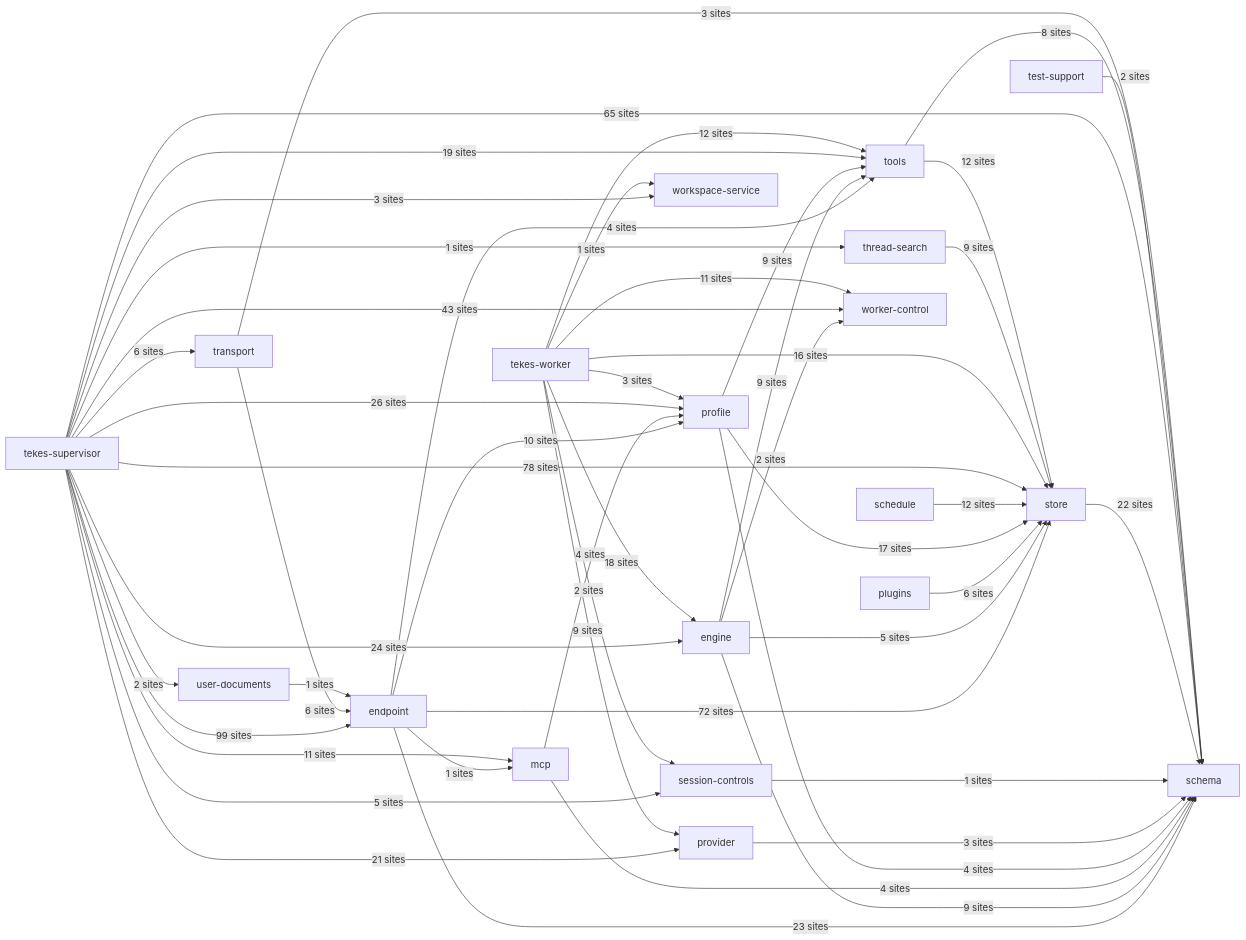
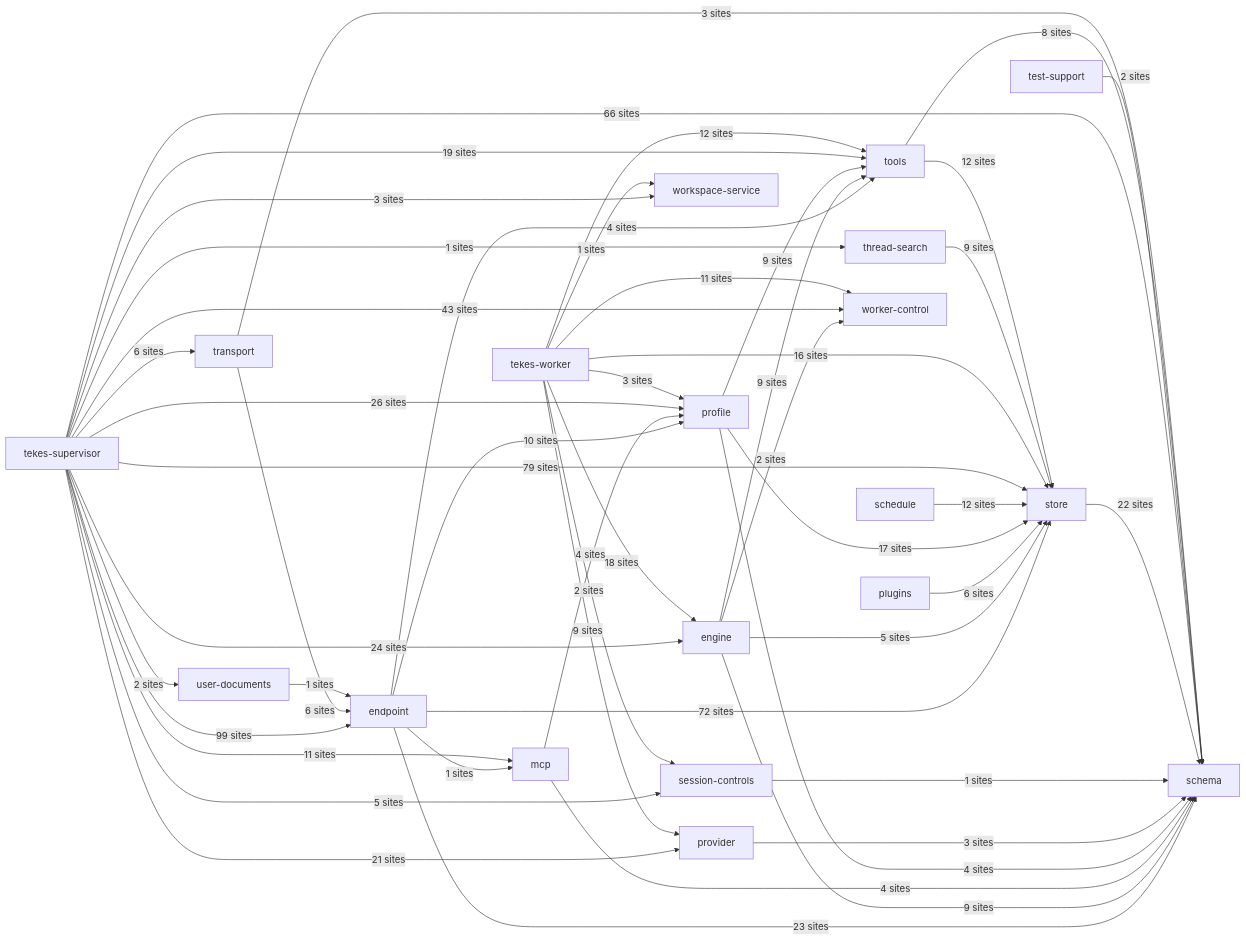
The second of 2 diagrams in docs/architecture/generated/index.md (TekesApps/TekesKernel), drawn with Mermaid before and after one commit. The commit also changed other lines of this file and 87 other files, not shown here.

Commit message:
fix(schema,profile,provider,worker,supervisor,endpoint,docs): preserve supervisor_lost, mark admitted steer consumed, align v4 client contract, and gate automatic title (#168, #148, #147, #160, #161)

````diff
--- a/docs/architecture/generated/index.md
+++ b/docs/architecture/generated/index.md
@@ -149,70 +149,70 @@
 ```mermaid
 flowchart LR
   p1["endpoint"]
   p2["engine"]
   p4["mcp"]
   p5["plugins"]
   p6["profile"]
   p7["provider"]
   p8["schedule"]
   p9["schema"]
   p10["session-controls"]
   p11["store"]
   p12["tekes-supervisor"]
   p13["tekes-worker"]
   p14["test-support"]
   p15["thread-search"]
   p16["tools"]
   p17["transport"]
   p18["user-documents"]
   p19["worker-control"]
   p20["workspace-service"]
   p1 -->|"1 sites"| p4
   p1 -->|"10 sites"| p6
   p1 -->|"23 sites"| p9
   p1 -->|"72 sites"| p11
   p1 -->|"4 sites"| p16
   p2 -->|"9 sites"| p9
   p2 -->|"5 sites"| p11
   p2 -->|"9 sites"| p16
   p2 -->|"2 sites"| p19
   p4 -->|"4 sites"| p6
   p4 -->|"4 sites"| p9
   p5 -->|"6 sites"| p11
   p6 -->|"4 sites"| p9
   p6 -->|"17 sites"| p11
   p6 -->|"9 sites"| p16
   p7 -->|"3 sites"| p9
   p8 -->|"12 sites"| p11
   p10 -->|"1 sites"| p9
   p11 -->|"22 sites"| p9
   p12 -->|"99 sites"| p1
   p12 -->|"24 sites"| p2
   p12 -->|"11 sites"| p4
   p12 -->|"26 sites"| p6
   p12 -->|"21 sites"| p7
-  p12 -->|"65 sites"| p9
+  p12 -->|"66 sites"| p9
   p12 -->|"5 sites"| p10
-  p12 -->|"78 sites"| p11
+  p12 -->|"79 sites"| p11
   p12 -->|"1 sites"| p15
   p12 -->|"19 sites"| p16
   p12 -->|"6 sites"| p17
   p12 -->|"2 sites"| p18
   p12 -->|"43 sites"| p19
   p12 -->|"3 sites"| p20
   p13 -->|"18 sites"| p2
   p13 -->|"3 sites"| p6
   p13 -->|"9 sites"| p7
   p13 -->|"2 sites"| p10
   p13 -->|"16 sites"| p11
   p13 -->|"12 sites"| p16
   p13 -->|"11 sites"| p19
   p13 -->|"1 sites"| p20
   p14 -->|"2 sites"| p9
   p15 -->|"9 sites"| p11
   p16 -->|"8 sites"| p9
   p16 -->|"12 sites"| p11
   p17 -->|"6 sites"| p1
   p17 -->|"3 sites"| p9
   p18 -->|"1 sites"| p1
 ```
````
